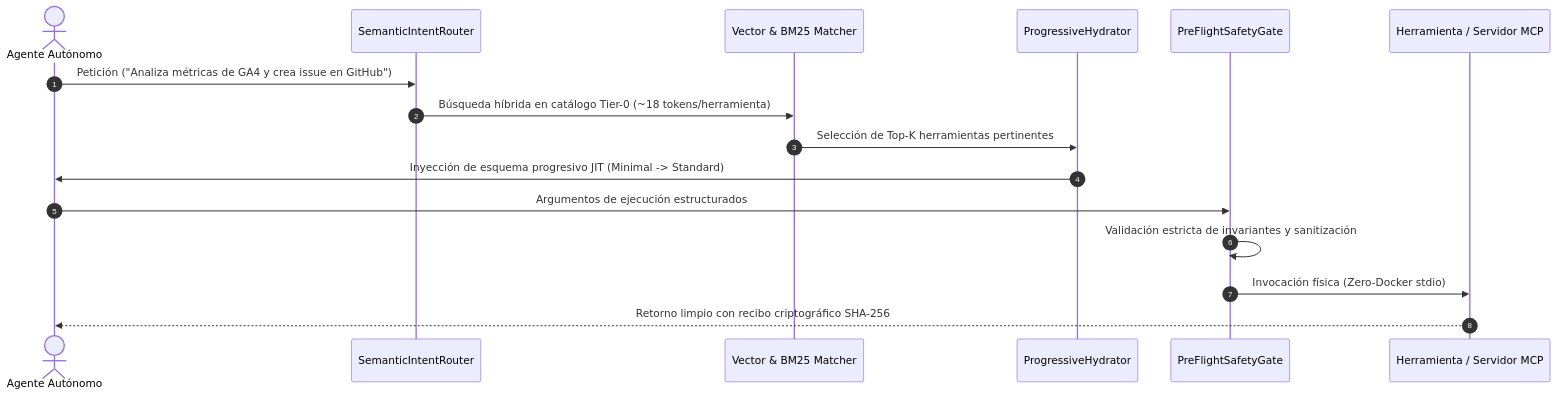
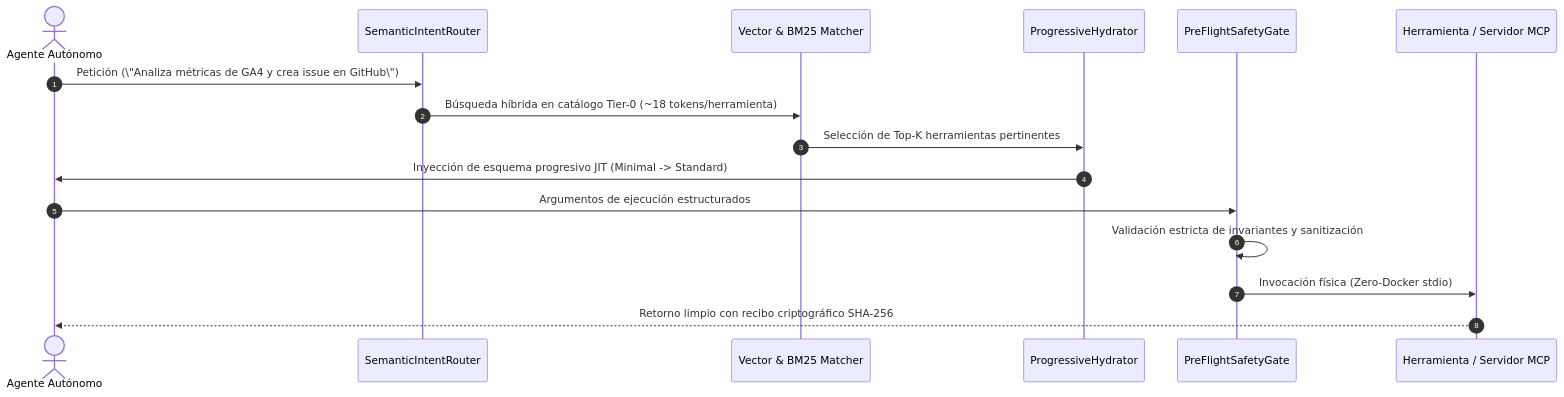
Before and after one commit to Tardigrado-76/Capgemini: the diagram in Semantic Discovery Protocol/MANUAL_DE_USO.md, drawn with Mermaid. The commit also changed other lines of this file and 4 other files, not shown here.

Commit message:
docs(sdp): Semantic Discovery Protocol 24/24 tests, Tier-0 canonical model, zero emojis

````diff
--- a/Semantic Discovery Protocol/MANUAL_DE_USO.md
+++ b/Semantic Discovery Protocol/MANUAL_DE_USO.md
@@ -10,19 +10,19 @@
 ```mermaid
 sequenceDiagram
-    autonumber
-    actor Agente as Agente Autónomo
-    participant Router as SemanticIntentRouter
-    participant Matcher as Vector & BM25 Matcher
-    participant Hydrator as ProgressiveHydrator
-    participant Safety as PreFlightSafetyGate
-    participant Tool as Herramienta / Servidor MCP
+ autonumber
+ actor Agente as Agente Autónomo
+ participant Router as SemanticIntentRouter
+ participant Matcher as Vector & BM25 Matcher
+ participant Hydrator as ProgressiveHydrator
+ participant Safety as PreFlightSafetyGate
+ participant Tool as Herramienta / Servidor MCP
 
-    Agente->>Router: Petición ("Analiza métricas de GA4 y crea issue en GitHub")
-    Router->>Matcher: Búsqueda híbrida en catálogo Tier-0 (~18 tokens/herramienta)
-    Matcher->>Hydrator: Selección de Top-K herramientas pertinentes
-    Hydrator->>Agente: Inyección de esquema progresivo JIT (Minimal -> Standard)
-    Agente->>Safety: Argumentos de ejecución estructurados
-    Safety->>Safety: Validación estricta de invariantes y sanitización
-    Safety->>Tool: Invocación física (Zero-Docker stdio)
-    Tool-->>Agente: Retorno limpio con recibo criptográfico SHA-256
+ Agente->>Router: Petición (\"Analiza métricas de GA4 y crea issue en GitHub\")
+ Router->>Matcher: Búsqueda híbrida en catálogo Tier-0 (~18 tokens/herramienta)
+ Matcher->>Hydrator: Selección de Top-K herramientas pertinentes
+ Hydrator->>Agente: Inyección de esquema progresivo JIT (Minimal -> Standard)
+ Agente->>Safety: Argumentos de ejecución estructurados
+ Safety->>Safety: Validación estricta de invariantes y sanitización
+ Safety->>Tool: Invocación física (Zero-Docker stdio)
+ Tool-->>Agente: Retorno limpio con recibo criptográfico SHA-256
 ```
````
